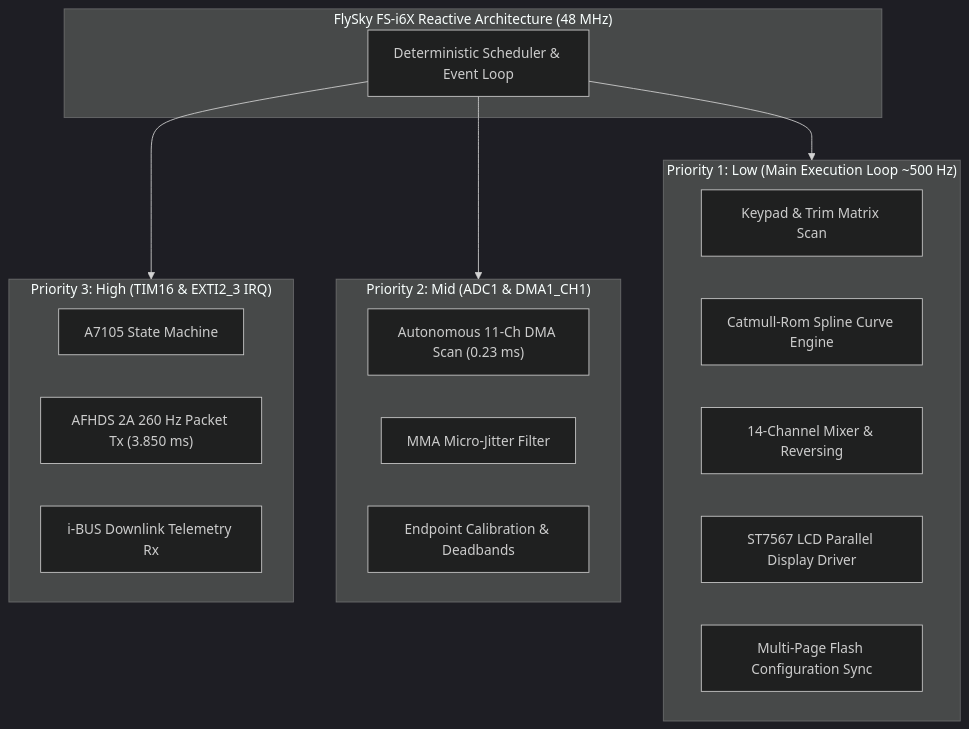
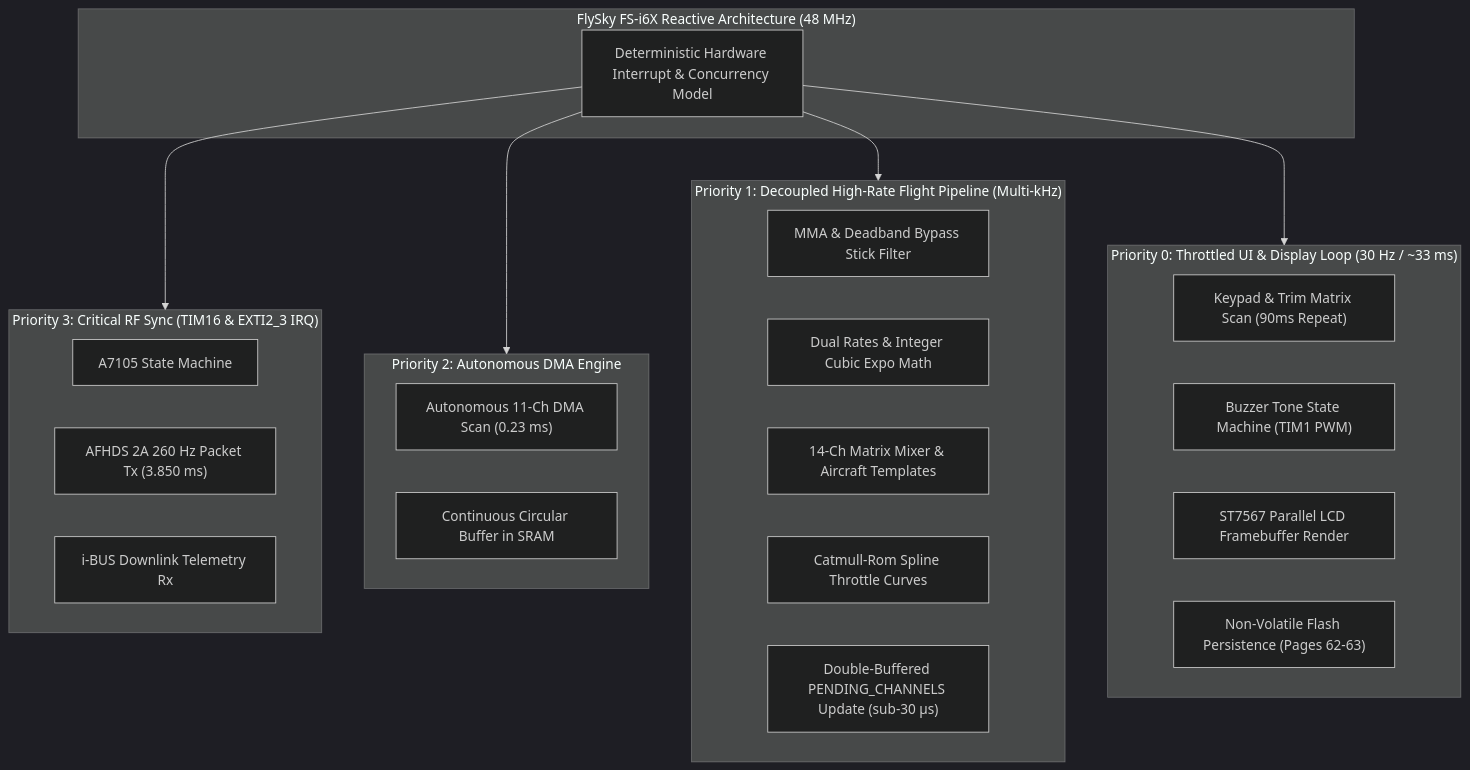
One commit to ferrox-rc/flysky-i6x-rs changed the diagram in README.md. Above: the diagram before and after it, drawn with Mermaid (dark theme). The commit also changed other lines of this file, not shown here.

Commit message:
docs(readme): update display refresh rate, decoupled architecture, and measured footprint

````diff
--- a/README.md
+++ b/README.md
@@ -58,30 +58,37 @@
 ```mermaid
 flowchart TD
     subgraph Core ["FlySky FS-i6X Reactive Architecture (48 MHz)"]
-        SCHED["Deterministic Scheduler & Event Loop"]
+        SCHED["Deterministic Hardware Interrupt & Concurrency Model"]
     end
 
-    subgraph P3 ["Priority 3: High (TIM16 & EXTI2_3 IRQ)"]
+    subgraph P3 ["Priority 3: Critical RF Sync (TIM16 & EXTI2_3 IRQ)"]
         RF1["A7105 State Machine"]
         RF2["AFHDS 2A 260 Hz Packet Tx (3.850 ms)"]
         RF3["i-BUS Downlink Telemetry Rx"]
     end
 
-    subgraph P2 ["Priority 2: Mid (ADC1 & DMA1_CH1)"]
+    subgraph P2 ["Priority 2: Autonomous DMA Engine"]
         ADC1["Autonomous 11-Ch DMA Scan (0.23 ms)"]
-        ADC2["MMA Micro-Jitter Filter"]
-        ADC3["Endpoint Calibration & Deadbands"]
+        ADC2["Continuous Circular Buffer in SRAM"]
     end
 
-    subgraph P1 ["Priority 1: Low (Main Execution Loop ~500 Hz)"]
-        UI1["Keypad & Trim Matrix Scan"]
-        UI2["Catmull-Rom Spline Curve Engine"]
-        UI3["14-Channel Mixer & Reversing"]
-        UI4["ST7567 LCD Parallel Display Driver"]
-        UI5["Multi-Page Flash Configuration Sync"]
+    subgraph P1 ["Priority 1: Decoupled High-Rate Flight Pipeline (Multi-kHz)"]
+        FL1["MMA & Deadband Bypass Stick Filter"]
+        FL2["Dual Rates & Integer Cubic Expo Math"]
+        FL3["14-Ch Matrix Mixer & Aircraft Templates"]
+        FL4["Catmull-Rom Spline Throttle Curves"]
+        FL5["Double-Buffered PENDING_CHANNELS Update (sub-30 µs)"]
+    end
+
+    subgraph P0 ["Priority 0: Throttled UI & Display Loop (30 Hz / ~33 ms)"]
+        UI1["Keypad & Trim Matrix Scan (90ms Repeat)"]
+        UI2["Buzzer Tone State Machine (TIM1 PWM)"]
+        UI3["ST7567 Parallel LCD Framebuffer Render"]
+        UI4["Non-Volatile Flash Persistence (Pages 62-63)"]
     end
 
     SCHED --> P3
     SCHED --> P2
     SCHED --> P1
+    SCHED --> P0
 ```
````
